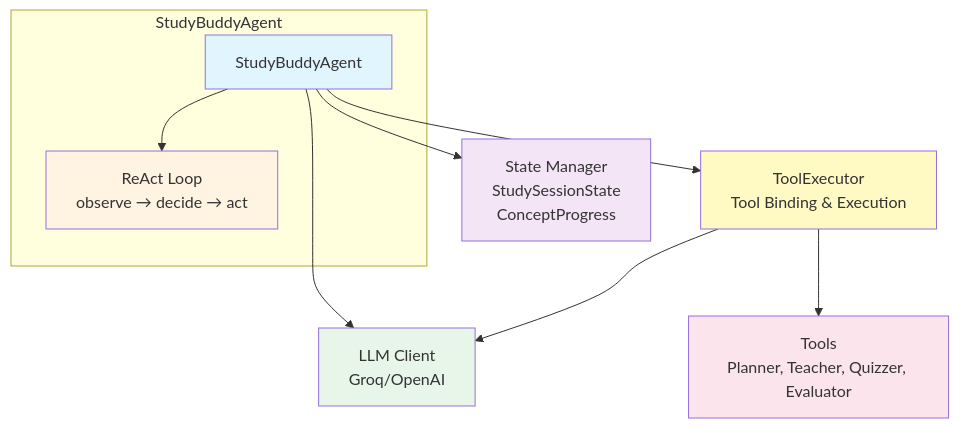
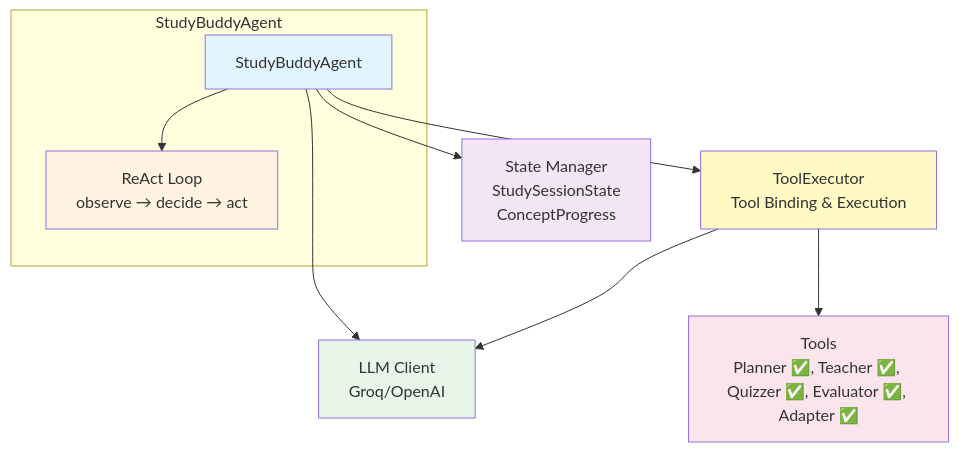
One commit to ebinzacharias/ez-agentic-study-buddy changed the first of 6 diagrams in ARCHITECTURE.md. Above: the diagram before and after it, drawn with Mermaid. The commit also changed other lines of this file and 1 other file, not shown here.

````diff
--- a/ARCHITECTURE.md
+++ b/ARCHITECTURE.md
@@ -5,26 +5,26 @@
 ```mermaid
 graph TB
     subgraph "StudyBuddyAgent"
         Agent[StudyBuddyAgent]
         ReAct[ReAct Loop<br/>observe → decide → act]
         Agent --> ReAct
     end
     
     LLM[LLM Client<br/>Groq/OpenAI]
     State[State Manager<br/>StudySessionState<br/>ConceptProgress]
     ToolExec[ToolExecutor<br/>Tool Binding & Execution]
-    Tools[Tools<br/>Planner, Teacher, Quizzer, Evaluator]
+    Tools[Tools<br/>Planner ✅, Teacher ✅, Quizzer ✅, Evaluator ✅, Adapter ✅]
     
     Agent --> LLM
     Agent --> State
     Agent --> ToolExec
     ToolExec --> LLM
     ToolExec --> Tools
     
     style Agent fill:#e1f5ff
     style ReAct fill:#fff4e1
     style LLM fill:#e8f5e9
     style State fill:#f3e5f5
     style ToolExec fill:#fff9c4
     style Tools fill:#fce4ec
 ```
````
